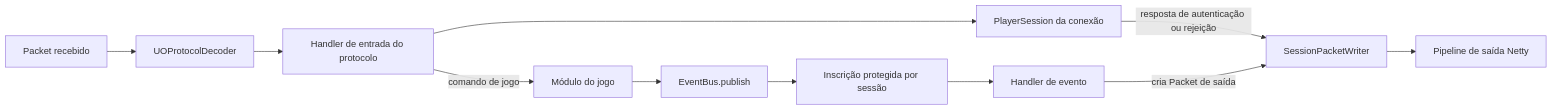
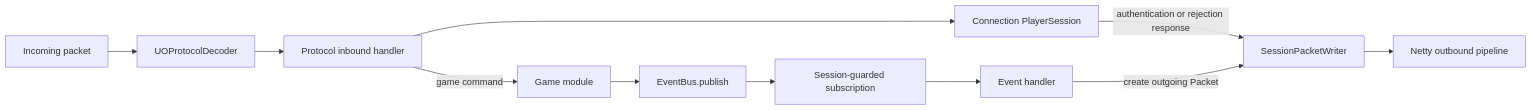
The second of 7 diagrams in docs/server-sessions.md (mayconr/juoforge-server), drawn with Mermaid before and after one commit. The commit also changed other lines of this file and 97 other files, not shown here.

````diff
--- a/docs/server-sessions.md
+++ b/docs/server-sessions.md
@@ -70,13 +70,13 @@
 ```mermaid
 flowchart LR
-    Input[Packet recebido] --> Decoder[UOProtocolDecoder]
-    Decoder --> Inbound[Handler de entrada do protocolo]
-    Inbound --> Session[PlayerSession da conexão]
-    Session -->|resposta de autenticação ou rejeição| Writer[SessionPacketWriter]
-    Inbound -->|comando de jogo| Module[Módulo do jogo]
+    Input[Incoming packet] --> Decoder[UOProtocolDecoder]
+    Decoder --> Inbound[Protocol inbound handler]
+    Inbound --> Session[Connection PlayerSession]
+    Session -->|authentication or rejection response| Writer[SessionPacketWriter]
+    Inbound -->|game command| Module[Game module]
     Module --> Bus[EventBus.publish]
-    Bus --> Guard[Inscrição protegida por sessão]
-    Guard --> Handler[Handler de evento]
-    Handler -->|cria Packet de saída| Writer
-    Writer --> Out[Pipeline de saída Netty]
+    Bus --> Guard[Session-guarded subscription]
+    Guard --> Handler[Event handler]
+    Handler -->|create outgoing Packet| Writer
+    Writer --> Out[Netty outbound pipeline]
 ```
````
